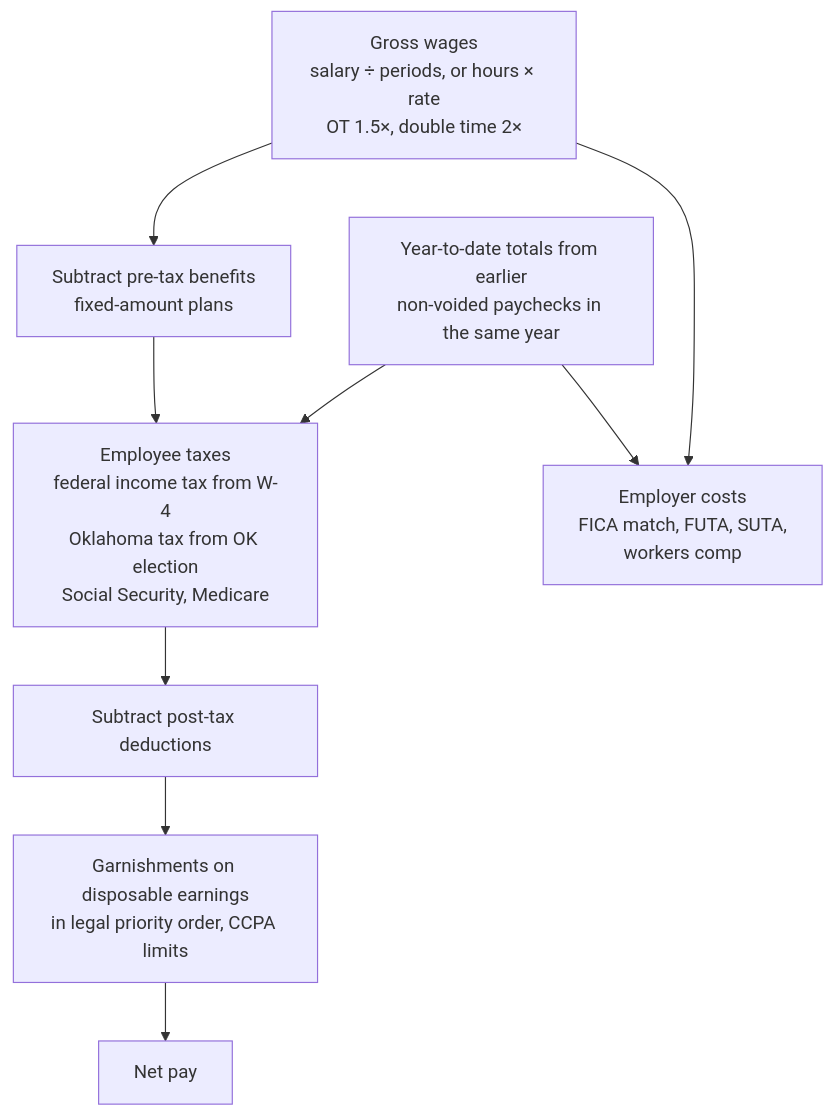
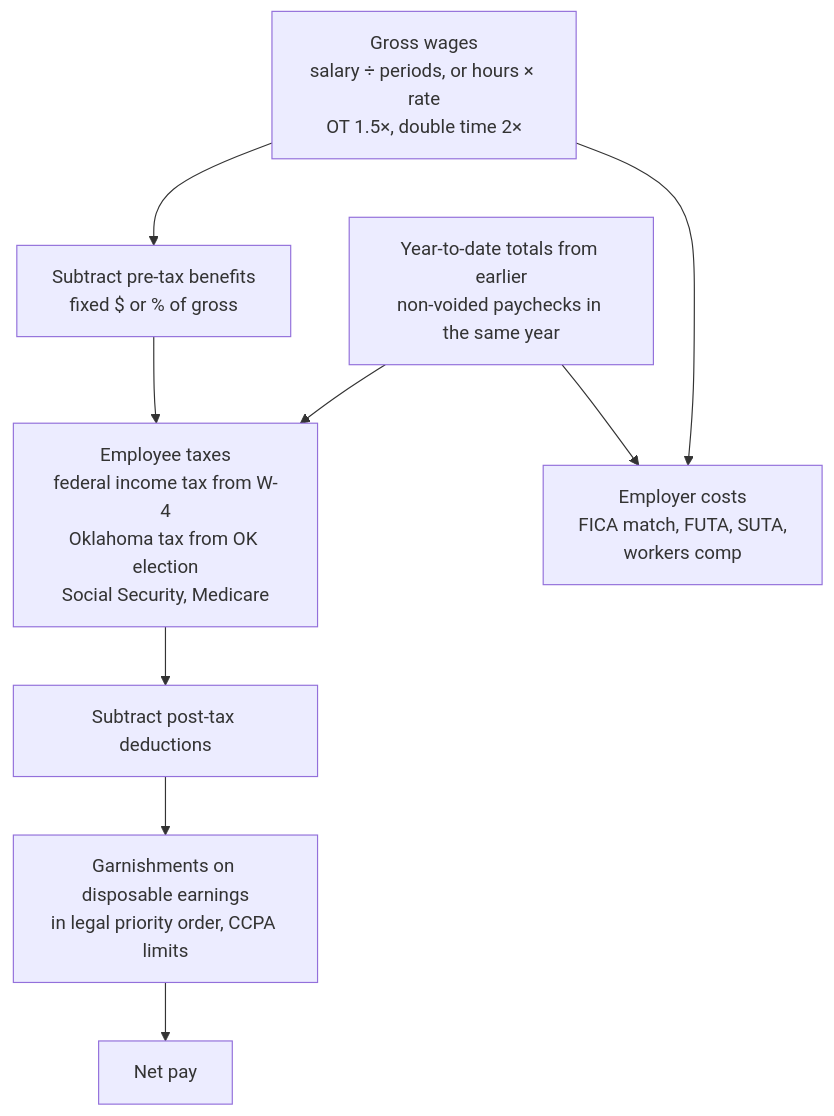
One commit to khorjak/vibes-payroll changed the fourth of 9 diagrams in docs/PROCESS-FLOW.md. Above: the diagram before and after it, drawn with Mermaid. The commit also changed other lines of this file and 16 other files, not shown here.

````diff
--- a/docs/PROCESS-FLOW.md
+++ b/docs/PROCESS-FLOW.md
@@ -92,11 +92,11 @@
 ```mermaid
 flowchart TD
-    G[Gross wages<br/>salary ÷ periods, or hours × rate<br/>OT 1.5×, double time 2×] --> PRE[Subtract pre-tax benefits<br/>fixed-amount plans]
+    G[Gross wages<br/>salary ÷ periods, or hours × rate<br/>OT 1.5×, double time 2×] --> PRE[Subtract pre-tax benefits<br/>fixed $ or % of gross]
     PRE --> TAX[Employee taxes<br/>federal income tax from W-4<br/>Oklahoma tax from OK election<br/>Social Security, Medicare]
     TAX --> POST[Subtract post-tax deductions]
     POST --> GARN[Garnishments on disposable earnings<br/>in legal priority order, CCPA limits]
     GARN --> NET[Net pay]
     G --> ER[Employer costs<br/>FICA match, FUTA, SUTA,<br/>workers comp]
     YTD[Year-to-date totals from earlier<br/>non-voided paychecks in the same year] --> TAX
     YTD --> ER
 ```
````
